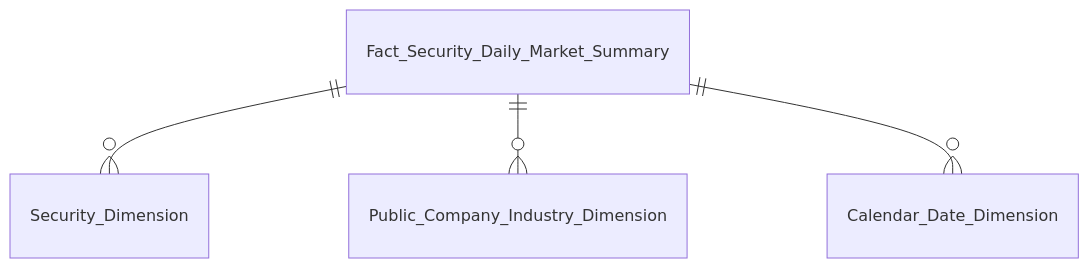
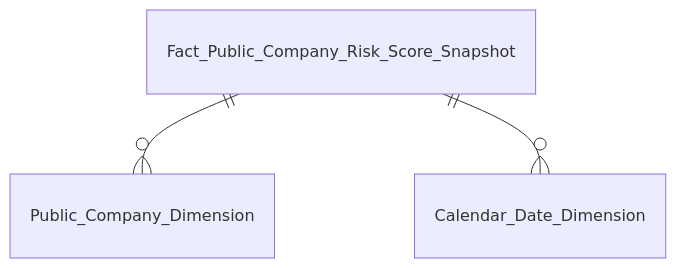
Before and after one commit to linhlvit/ubck_atomic_design: the first of 16 diagrams in Datamart/hld/DTM_GSDC_Entities.md, drawn with Mermaid. The commit also changed other lines of this file and 24 other files, not shown here.

````diff
--- a/Datamart/hld/DTM_GSDC_Entities.md
+++ b/Datamart/hld/DTM_GSDC_Entities.md
@@ -18,6 +13,5 @@
 ```mermaid
 erDiagram
-    Fact_Security_Daily_Market_Summary ||--o{ Security_Dimension : ""
-    Fact_Security_Daily_Market_Summary ||--o{ Public_Company_Industry_Dimension : ""
-    Fact_Security_Daily_Market_Summary ||--o{ Calendar_Date_Dimension : ""
+    Fact_Public_Company_Risk_Score_Snapshot ||--o{ Public_Company_Dimension : ""
+    Fact_Public_Company_Risk_Score_Snapshot ||--o{ Calendar_Date_Dimension : ""
 ```
````
